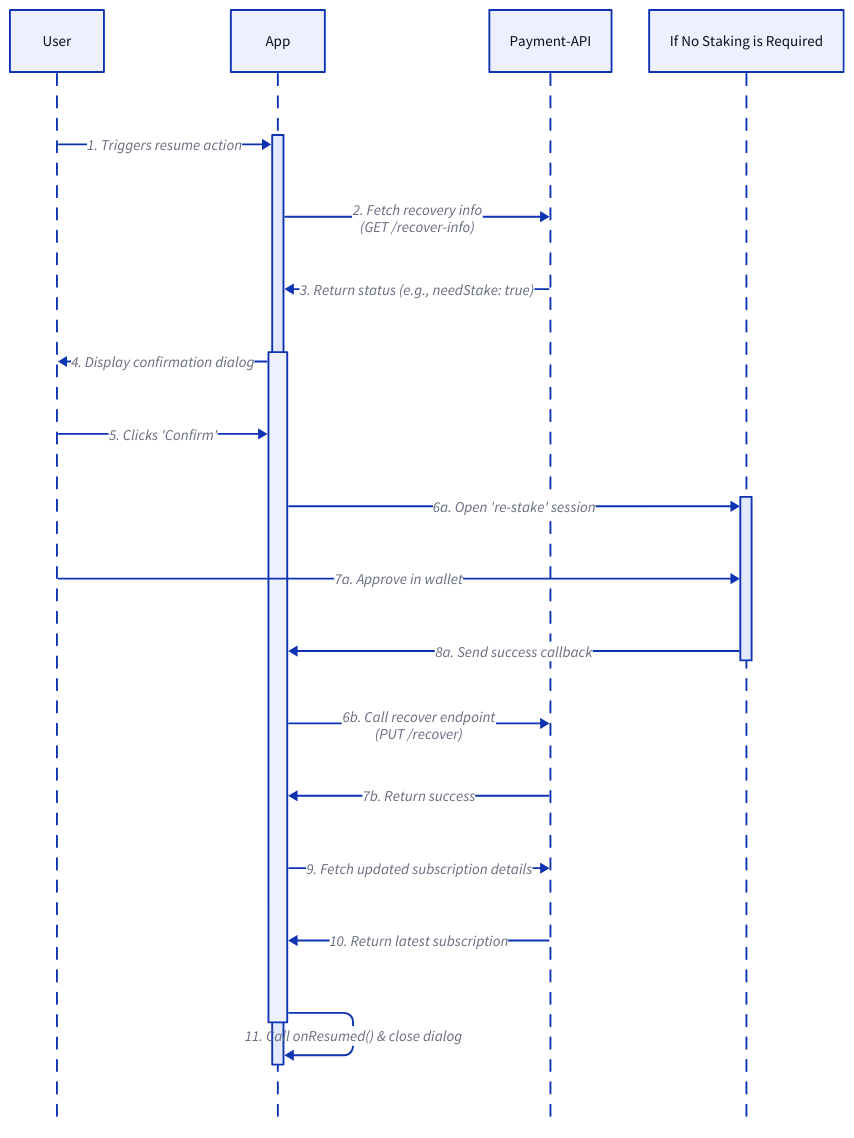
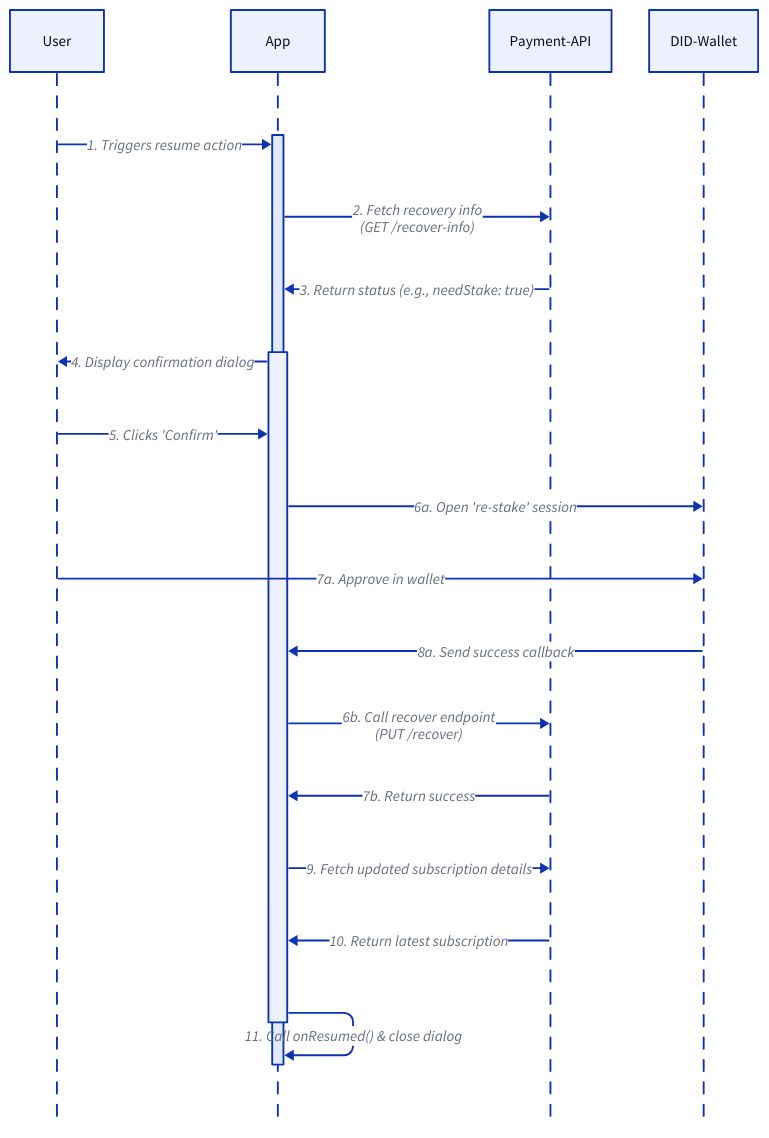
Diagram 29 of 36 in prompts/document/d2-chart/rules.md (AIGNE-io/aigne-doc-smith), drawn with D2 before and after one commit. The commit also changed other lines of this file and 1 other file, not shown here.

````diff
--- a/prompts/document/d2-chart/rules.md
+++ b/prompts/document/d2-chart/rules.md
@@ -775,26 +775,22 @@
   ```d2
   shape: sequence_diagram
 
   User -> App.ResumeSubscription: "1. Triggers resume action"
 
   App.ResumeSubscription -> Payment-API: "2. Fetch recovery info\n(GET /recover-info)"
   Payment-API -> App.ResumeSubscription: "3. Return status (e.g., needStake: true)"
 
   App.ResumeSubscription.t1 -> User: "4. Display confirmation dialog"
   User -> App.ResumeSubscription.t1: "5. Clicks 'Confirm'"
 
-  alt: "If Re-Staking is Required" {
-    App.ResumeSubscription.t1 -> DID-Wallet: "6a. Open 're-stake' session"
-    User -> DID-Wallet: "7a. Approve in wallet"
-    DID-Wallet -> App.ResumeSubscription.t1: "8a. Send success callback"
-  }
+  App.ResumeSubscription.t1 -> DID-Wallet: "6a. Open 're-stake' session"
+  User -> DID-Wallet: "7a. Approve in wallet"
+  DID-Wallet -> App.ResumeSubscription.t1: "8a. Send success callback"
 
-  alt: "If No Staking is Required" {
-    App.ResumeSubscription.t1 -> Payment-API: "6b. Call recover endpoint\n(PUT /recover)"
-    Payment-API -> App.ResumeSubscription.t1: "7b. Return success"
-  }
+  App.ResumeSubscription.t1 -> Payment-API: "6b. Call recover endpoint\n(PUT /recover)"
+  Payment-API -> App.ResumeSubscription.t1: "7b. Return success"
 
   App.ResumeSubscription.t1 -> Payment-API: "9. Fetch updated subscription details"
   Payment-API -> App.ResumeSubscription.t1: "10. Return latest subscription"
   App.ResumeSubscription.t1 -> App.ResumeSubscription: "11. Call onResumed() & close dialog"
   ```
````
